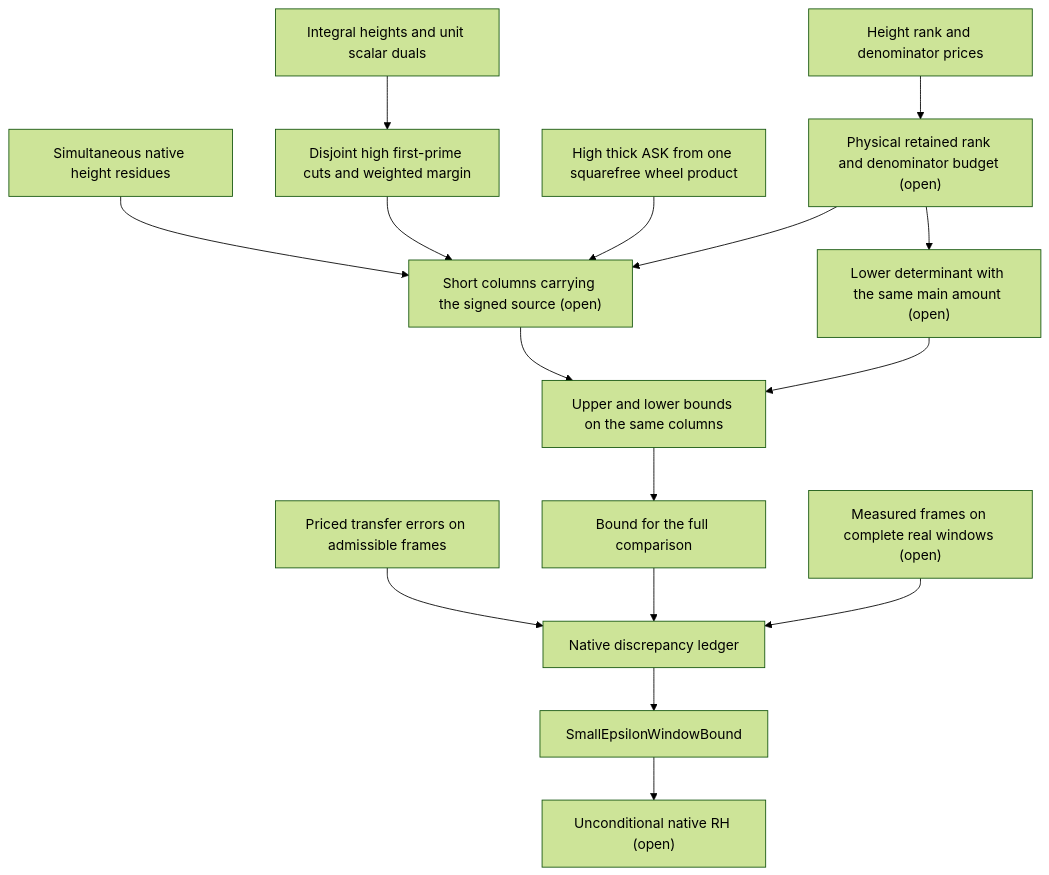
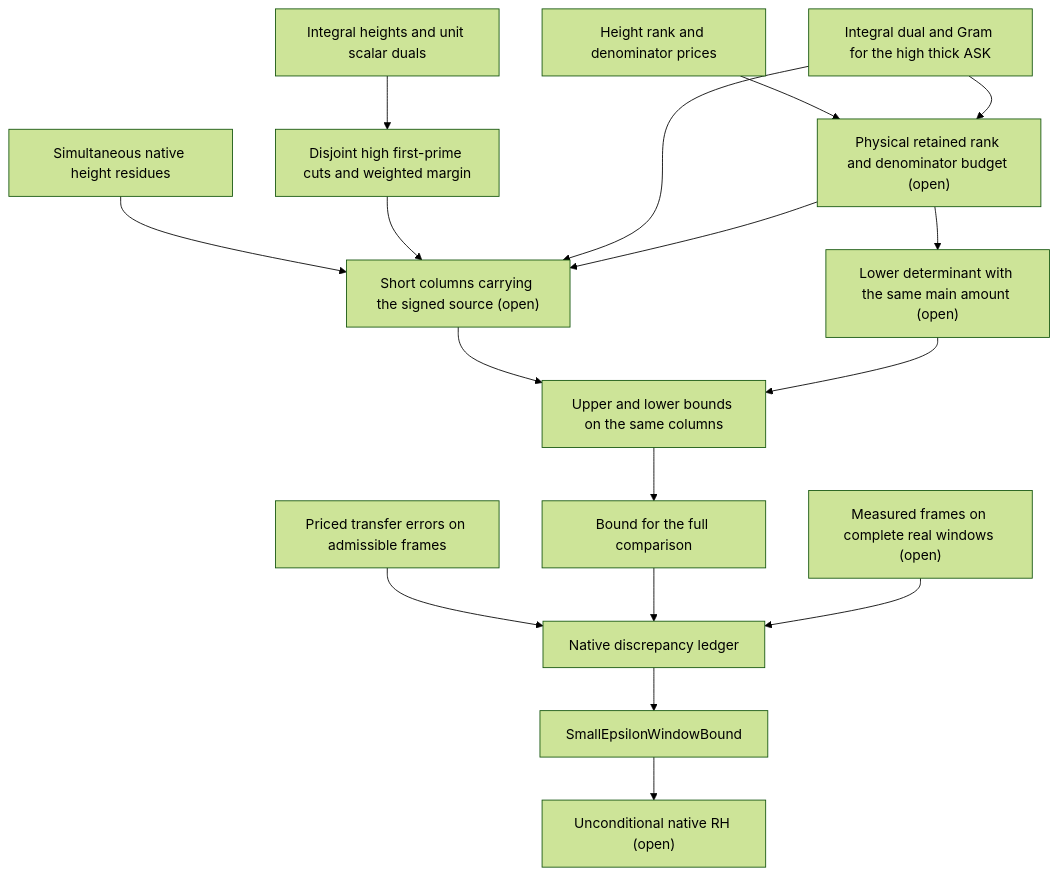
One commit to OVVO-Financial/RH_Lean changed the diagram in research/NATIVE_QUANTITATIVE_DISCREPANCY_LEDGER_20261125.md. Above: the diagram before and after it, drawn with Mermaid (forest theme). The commit also changed other lines of this file and 4 other files, not shown here.

Commit message:
Recover integral duals and the high thick Gram on the same consecutive wheel blocks

````diff
--- a/research/NATIVE_QUANTITATIVE_DISCREPANCY_LEDGER_20261125.md
+++ b/research/NATIVE_QUANTITATIVE_DISCREPANCY_LEDGER_20261125.md
@@ -407,18 +418,19 @@
 ```mermaid
 flowchart TD
     R["Simultaneous native height residues"] --> A["Short columns carrying the signed source (open)"]
     K["Height rank and denominator prices"] --> B["Physical retained rank and denominator budget (open)"]
     T["Integral heights and unit scalar duals"] --> P["Disjoint high first-prime cuts and weighted margin"]
     P --> A
-    J["High thick ASK from one squarefree wheel product"] --> A
+    J["Integral dual and Gram for the high thick ASK"] --> A
+    J --> B
     B --> A
     B --> C["Lower determinant with the same main amount (open)"]
     A --> S["Upper and lower bounds on the same columns"]
     C --> S
     S --> E["Bound for the full comparison"]
     D["Priced transfer errors on admissible frames"] --> F["Native discrepancy ledger"]
     E --> F
     W["Measured frames on complete real windows (open)"] --> F
     F --> H["SmallEpsilonWindowBound"]
     H --> Z["Unconditional native RH (open)"]
 ```
````
